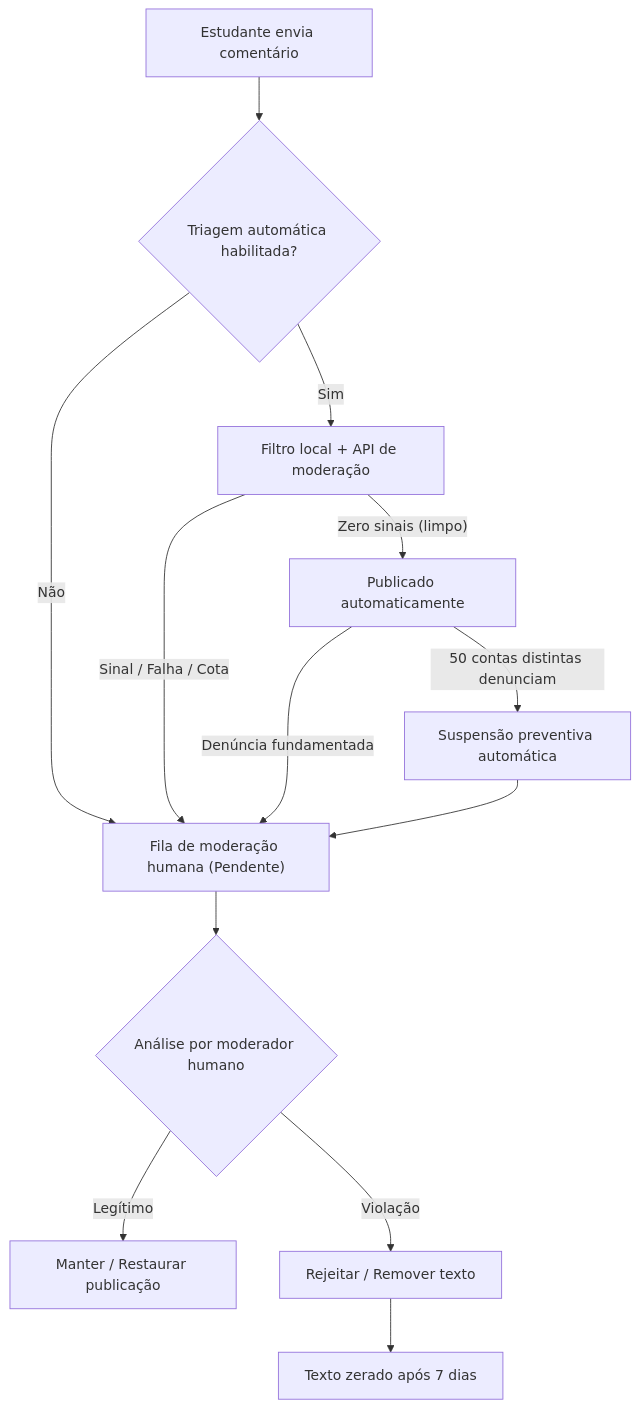
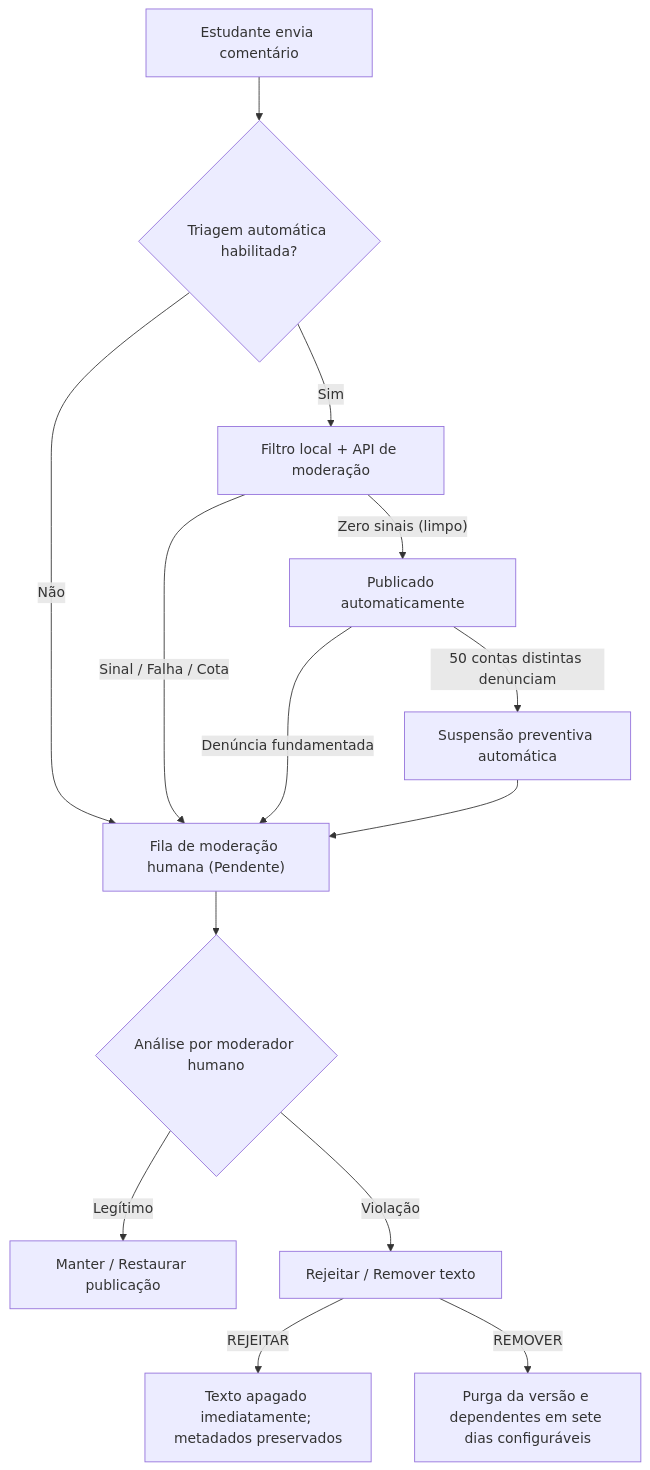
Before and after one commit to unb-mds/2026-02-UnDb: the diagram in docs/politica-moderacao.md, drawn with Mermaid. The commit also changed other lines of this file and 7 other files, not shown here.

````diff
--- a/docs/politica-moderacao.md
+++ b/docs/politica-moderacao.md
@@ -35,14 +35,15 @@
 ```mermaid
 flowchart TD
     Envio["Estudante envia comentário"] --> Triagem{"Triagem automática habilitada?"}
     Triagem -- "Não" --> FilaHumana["Fila de moderação humana (Pendente)"]
     Triagem -- "Sim" --> AnaliseAuto["Filtro local + API de moderação"]
     AnaliseAuto -- "Zero sinais (limpo)" --> Publicado["Publicado automaticamente"]
     AnaliseAuto -- "Sinal / Falha / Cota" --> FilaHumana
     Publicado -- "Denúncia fundamentada" --> FilaHumana
     Publicado -- "50 contas distintas denunciam" --> Suspenso["Suspensão preventiva automática"] --> FilaHumana
     FilaHumana --> Julgamento{"Análise por moderador humano"}
     Julgamento -- "Legítimo" --> Manter["Manter / Restaurar publicação"]
     Julgamento -- "Violação" --> Remover["Rejeitar / Remover texto"]
-    Remover --> Descarte["Texto zerado após 7 dias"]
+    Remover -- "REJEITAR" --> Imediato["Texto apagado imediatamente; metadados preservados"]
+    Remover -- "REMOVER" --> Descarte["Purga da versão e dependentes em sete dias configuráveis"]
 ```
````
